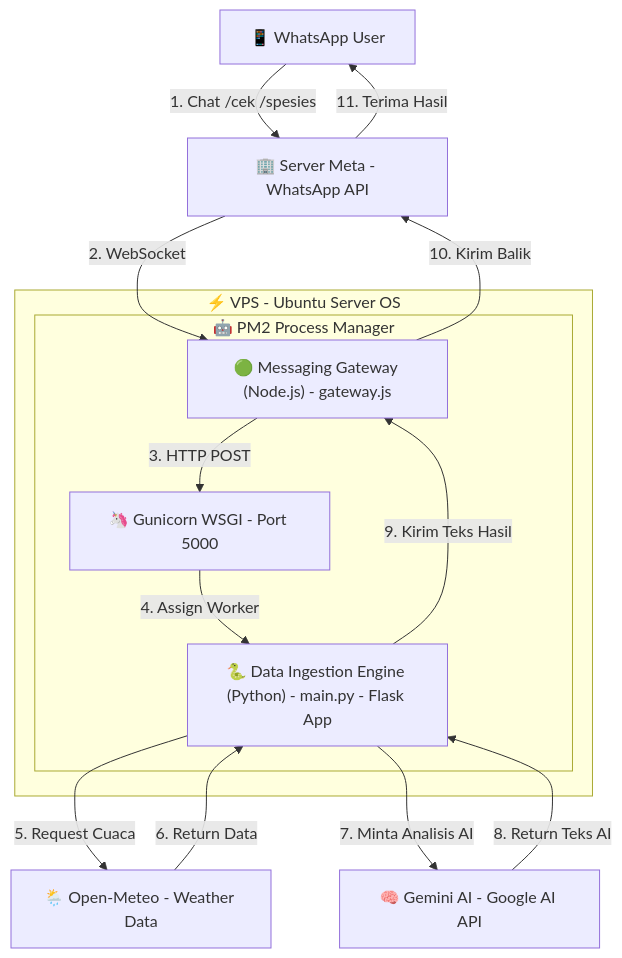
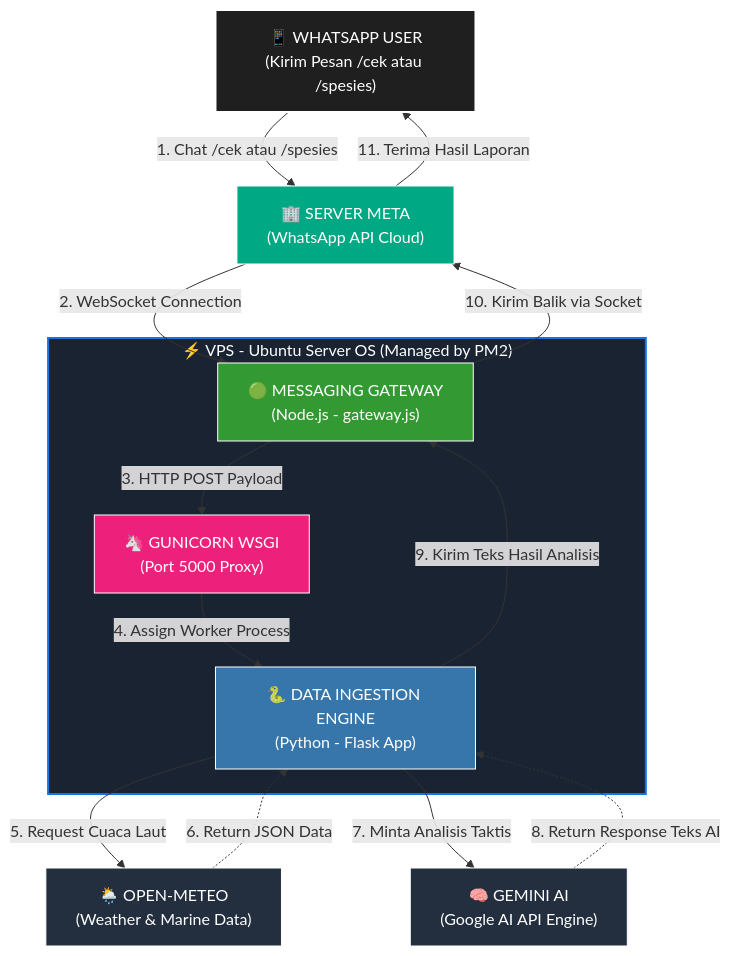
One commit to AdienDendra/architect-web changed the diagram in content.id/projects/bot-fishing.md. Above: the diagram before and after it, drawn with Mermaid.

Commit message:
Update bot-fishing.md update mermaid

```diff
--- a/content.id/projects/bot-fishing.md
+++ b/content.id/projects/bot-fishing.md
@@ -60,28 +60,44 @@
 {{< mermaid >}}
 graph TD
-    User[📱 WhatsApp User]
-    Meta[🏢 Server Meta - WhatsApp API]
+    %% Define Styles (Biar estetik ala tema Dark Mode portofolio Om)
+    classDef user fill:#1f1f1f,stroke:#fff,stroke-width:2px,color:#fff;
+    classDef meta fill:#00a884,stroke:#fff,stroke-width:1px,color:#fff;
+    classDef nodejs fill:#339933,stroke:#fff,stroke-width:1px,color:#fff;
+    classDef guni fill:#ed217c,stroke:#fff,stroke-width:1px,color:#fff;
+    classDef python fill:#3776AB,stroke:#fff,stroke-width:1px,color:#fff;
+    classDef external fill:#232F3E,stroke:#fff,stroke-width:1px,color:#fff;
 
-    subgraph VPS [⚡ VPS - Ubuntu Server OS]
-        subgraph PM2 [🤖 PM2 Process Manager]
-            NodeApp["🟢 Messaging Gateway (Node.js) - gateway.js"]
-            GuniMaster[🦄 Gunicorn WSGI - Port 5000]
-            MainPy["🐍 Data Ingestion Engine (Python) - main.py - Flask App"]
-        end
+    %% Nodes Configuration Outside VPS
+    User["📱 WHATSAPP USER<br>(Kirim Pesan /cek atau /spesies)"]:::user
+    Meta["🏢 SERVER META<br>(WhatsApp API Cloud)"]:::meta
+    BOM["🌦️ OPEN-METEO<br>(Weather & Marine Data)"]:::external
+    Gemini["🧠 GEMINI AI<br>(Google AI API Engine)"]:::external
+
+    %% Nodes Configuration Inside VPS
+    subgraph VPS ["⚡ VPS - Ubuntu Server OS (Managed by PM2)"]
+        NodeApp["🟢 MESSAGING GATEWAY<br>(Node.js - gateway.js)"]:::nodejs
+        GuniMaster["🦄 GUNICORN WSGI<br>(Port 5000 Proxy)"]:::guni
+        MainPy["🐍 DATA INGESTION ENGINE<br>(Python - Flask App)"]:::python
     end
 
-    BOM[🌦️ Open-Meteo - Weather Data]
-    Gemini[🧠 Gemini AI - Google AI API]
+    %% === FLOW ALUR MASUK (DOWNWARD FLOW) ===
+    User -->|1. Chat /cek atau /spesies| Meta
+    Meta -->|2. WebSocket Connection| NodeApp
+    NodeApp -->|3. HTTP POST Payload| GuniMaster
+    GuniMaster -->|4. Assign Worker Process| MainPy
+    
+    %% Third-Party API Tunnels (Gaya Loop Kebawah)
+    MainPy -->|5. Request Cuaca Laut| BOM
+    BOM -.->|6. Return JSON Data| MainPy
+    MainPy -->|7. Minta Analisis Taktis| Gemini
+    Gemini -.->|8. Return Response Teks AI| MainPy
+    
+    %% === FLOW ALUR KELUAR / BALIK (UPWARD RETURN FLOW) ===
+    MainPy -->|9. Kirim Teks Hasil Analisis| NodeApp
+    NodeApp -->|10. Kirim Balik via Socket| Meta
+    Meta -->|11. Terima Hasil Laporan| User
 
-    User -->|1. Chat /cek /spesies| Meta
-    Meta -->|2. WebSocket| NodeApp
-    NodeApp -->|3. HTTP POST| GuniMaster
-    GuniMaster -->|4. Assign Worker| MainPy
-    MainPy -->|5. Request Cuaca| BOM
-    BOM -->|6. Return Data| MainPy
-    MainPy -->|7. Minta Analisis AI| Gemini
-    Gemini -->|8. Return Teks AI| MainPy
-    MainPy -->|9. Kirim Teks Hasil| NodeApp
-    NodeApp -->|10. Kirim Balik| Meta
-    Meta -->|11. Terima Hasil| User
+    %% Assign Subgraph Style
+    style VPS fill:#1a2332,stroke:#1473e6,stroke-width:2px,color:#fff
+
 {{< /mermaid >}}
```
